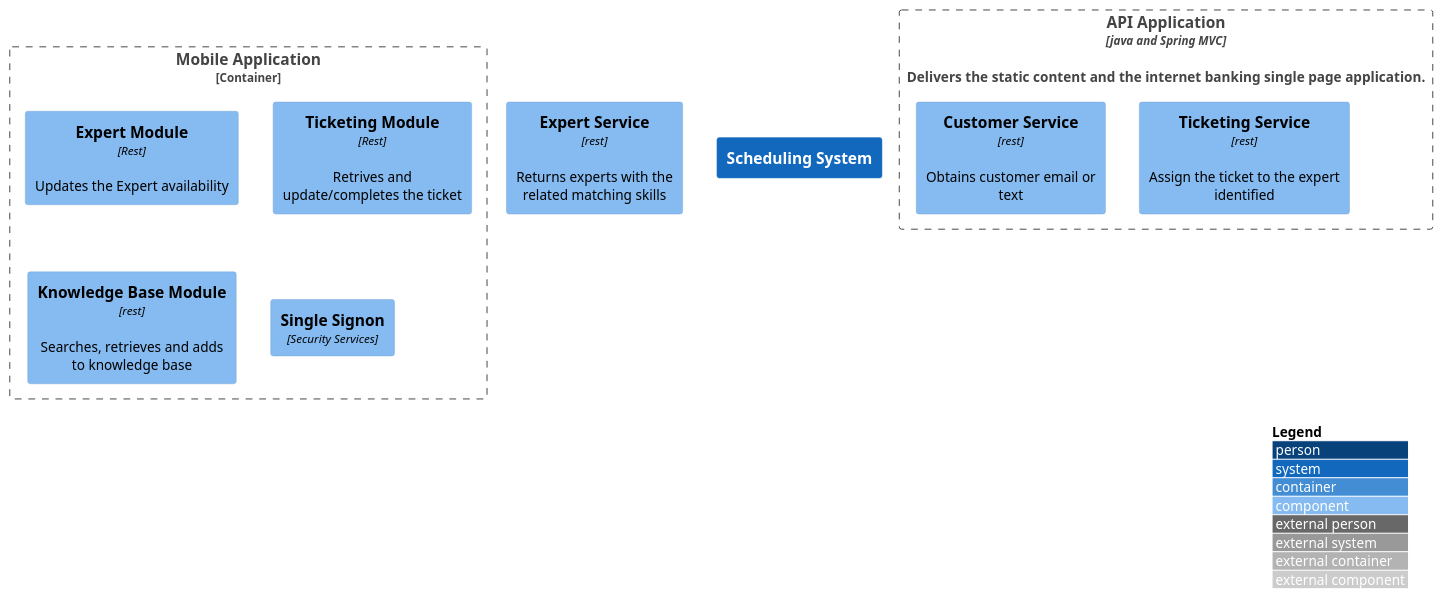
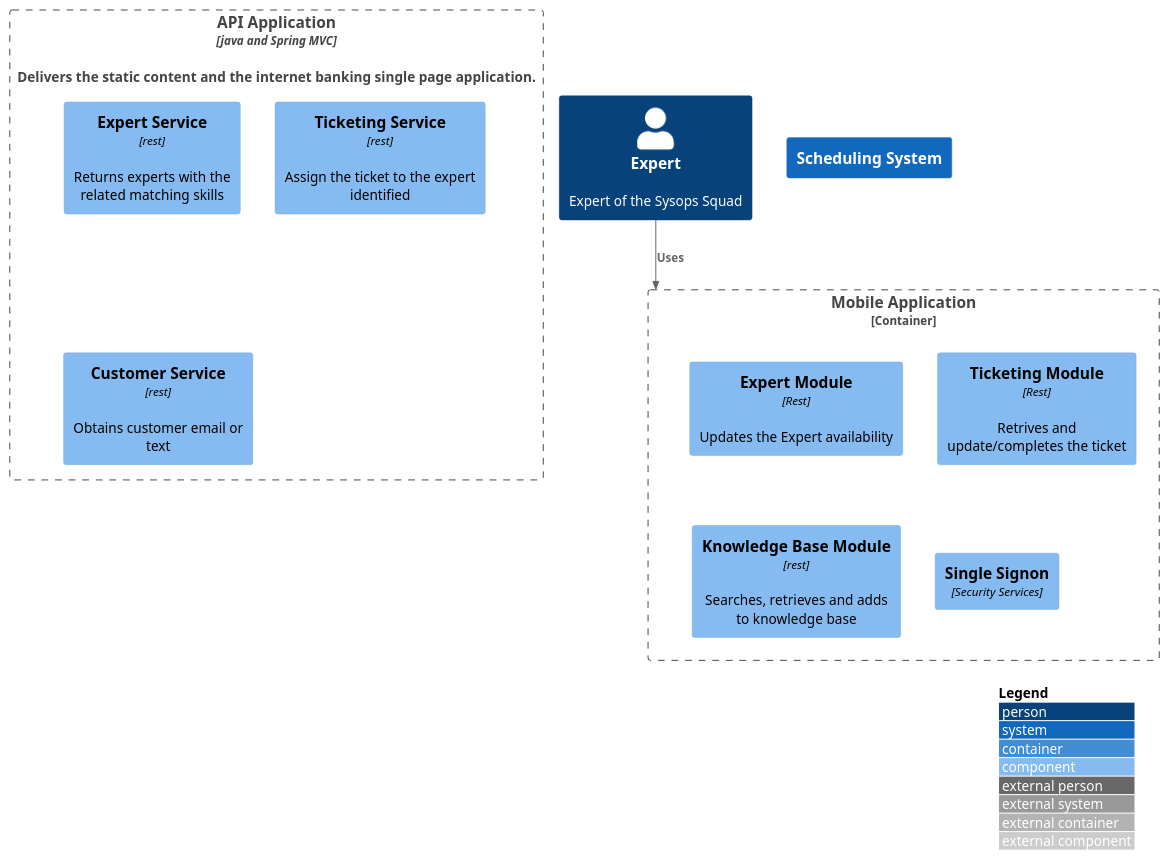
Before and after one commit to architectonics/sysopssquad: the diagram in src/1 Sysops Squad/Mobile App/container.puml, drawn with PlantUML. The commit also changed 6 other files, not shown here.

```diff
--- a/src/1 Sysops Squad/Mobile App/container.puml
+++ b/src/1 Sysops Squad/Mobile App/container.puml
@@ -1,27 +1,29 @@
 @startuml
 !include https://raw.githubusercontent.com/adrianvlupu/C4-PlantUML/latest/C4_Component.puml
 
 LAYOUT_WITH_LEGEND()
 
 Person(expert, "Expert", "Expert of the Sysops Squad")
 Container(api, "API Application", "java and Spring MVC", "Delivers the static content and the internet banking single page application.")
 System(scs, "Scheduling System")
 
 Container_Boundary(api, "API"){
 
-    Component(expert, "Expert Service", "rest", "Returns experts with the related matching skills")
+    Component(expertsvc, "Expert Service", "rest", "Returns experts with the related matching skills")
     Component(ticketsvc, "Ticketing Service", "rest", "Assign the ticket to the expert identified")
     Component(kbsvc, "Customer Service", "rest", "Obtains customer email or text")
 
 }
 
 
 Container_Boundary(ma, "Mobile Application") {
     Component(expertmod, "Expert Module", "Rest", "Updates the Expert availability")
     Component(ticketmod, "Ticketing Module", "Rest", "Retrives and update/completes the ticket")
     Component(kbmod, "Knowledge Base Module", "rest", "Searches, retrieves and adds to knowledge base")
     Component(sso, "Single Signon", "Security Services")
+
+    Rel(expert, ma, "Uses")
 }
 
 
 @enduml
```
